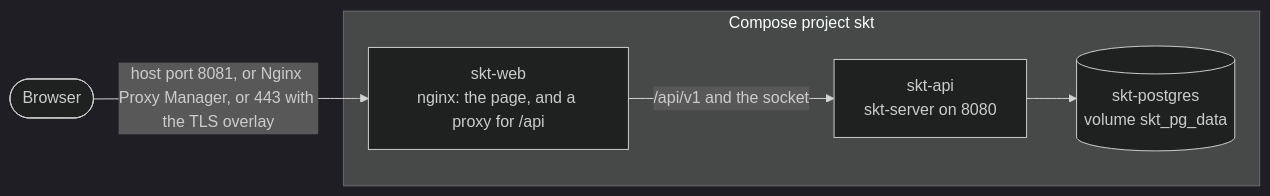
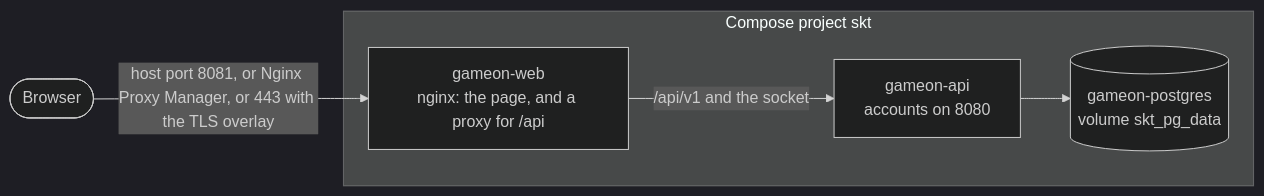
Before and after one commit to AsP3X/gameon: the third of 5 diagrams in README.md, drawn with Mermaid (dark theme). The commit also changed other lines of this file and 6 other files, not shown here.

First line of the commit message:
FIX: Name the containers gameon-api, gameon-skullking, and gameon-ocho.

````diff
--- a/README.md
+++ b/README.md
@@ -417,11 +417,11 @@
 ```mermaid
 flowchart LR
   user(["Browser"])
   subgraph stack["Compose project skt"]
-    web["skt-web<br/>nginx: the page, and a proxy for /api"]
-    api["skt-api<br/>skt-server on 8080"]
-    pg[("skt-postgres<br/>volume skt_pg_data")]
+    web["gameon-web<br/>nginx: the page, and a proxy for /api"]
+    api["gameon-api<br/>accounts on 8080"]
+    pg[("gameon-postgres<br/>volume skt_pg_data")]
     web -->|"/api/v1 and the socket"| api --> pg
   end
   user -->|"host port 8081, or Nginx Proxy Manager, or 443 with the TLS overlay"| web
 ```
````
